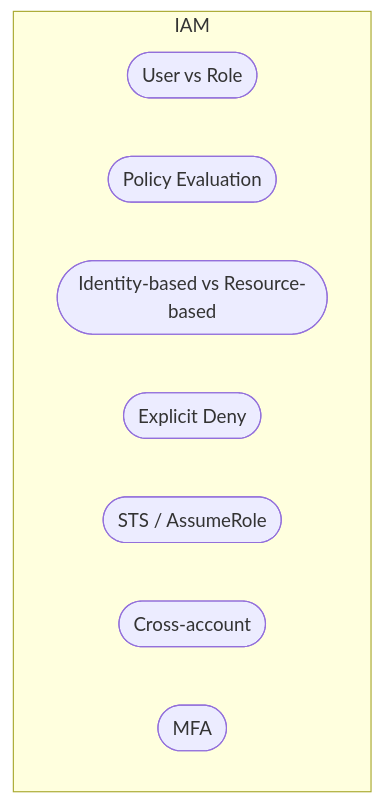
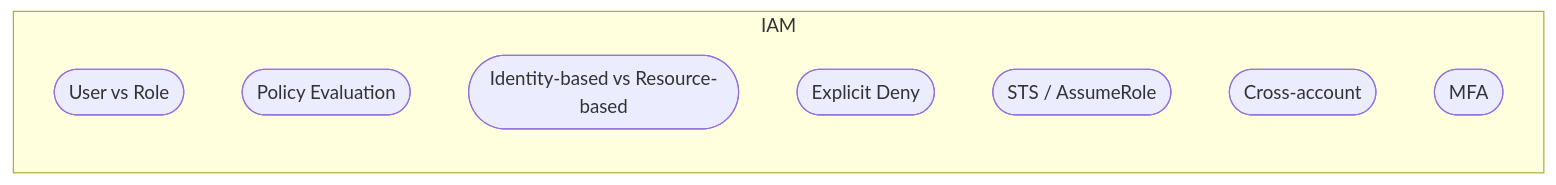
The second of 5 diagrams in public/handbook/aws-common/overview.md (gwonmin/QuizNox_front), drawn with Mermaid before and after one commit. The commit also changed other lines of this file and 164 other files, not shown here.

First line of the commit message:
feat: update AWS common handbook with new sections and diagrams

````diff
--- a/public/handbook/aws-common/overview.md
+++ b/public/handbook/aws-common/overview.md
@@ -24,12 +32,12 @@
 ```mermaid
-flowchart TB
+flowchart LR
   subgraph iam [IAM]
     UR([User vs Role])
     P([Policy Evaluation])
     I([Identity-based vs Resource-based])
     E([Explicit Deny])
     S([STS / AssumeRole])
     C([Cross-account])
     M([MFA])
   end
 ```
````
